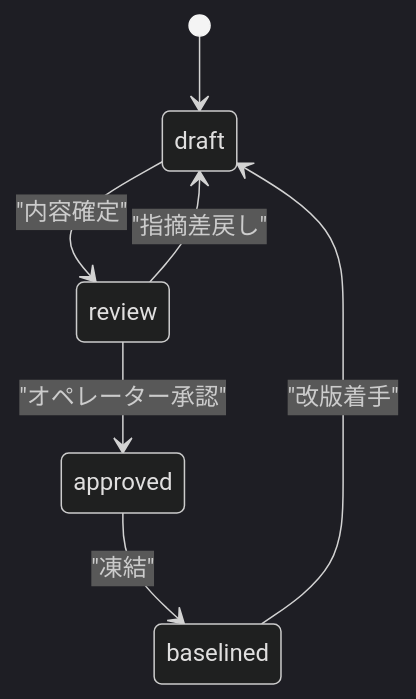
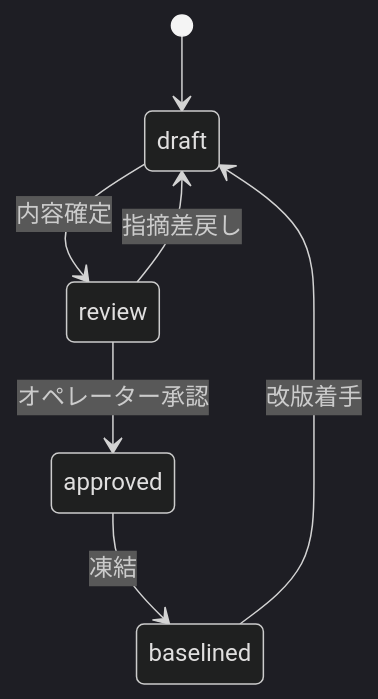
The fourth of 4 diagrams in docs/platform-design/README.md (TSUNAGUBA/akebono-honshu), drawn with Mermaid (dark theme) before and after one commit. The commit also changed other lines of this file and 30 other files, not shown here.

````diff
--- a/docs/platform-design/README.md
+++ b/docs/platform-design/README.md
@@ -279,9 +280,9 @@
 ```mermaid
 stateDiagram-v2
     [*] --> draft
-    draft --> review: "内容確定"
-    review --> draft: "指摘差戻し"
-    review --> approved: "オペレーター承認"
-    approved --> baselined: "凍結"
-    baselined --> draft: "改版着手"
+    draft --> review: 内容確定
+    review --> draft: 指摘差戻し
+    review --> approved: オペレーター承認
+    approved --> baselined: 凍結
+    baselined --> draft: 改版着手
 ```
````
